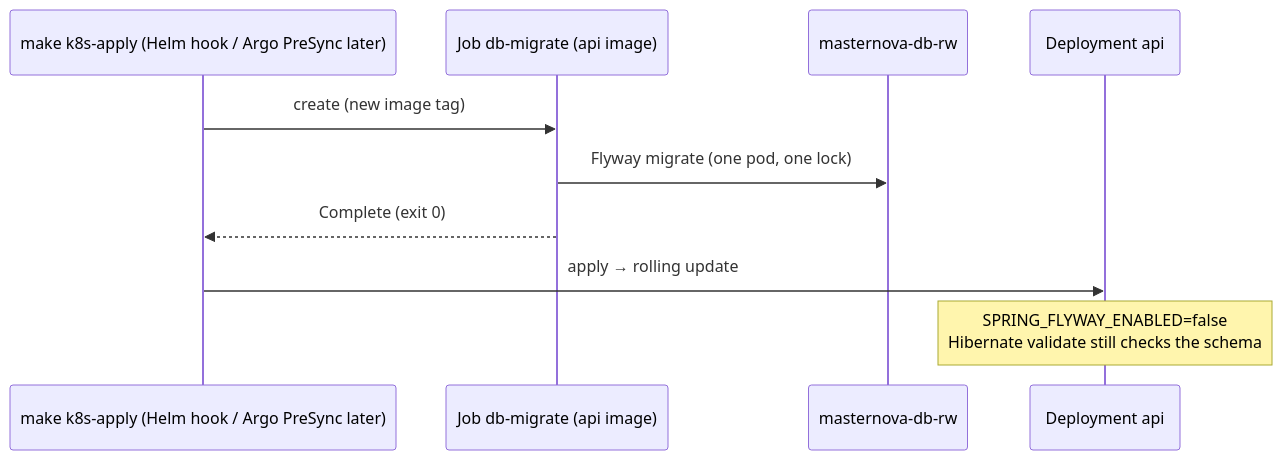
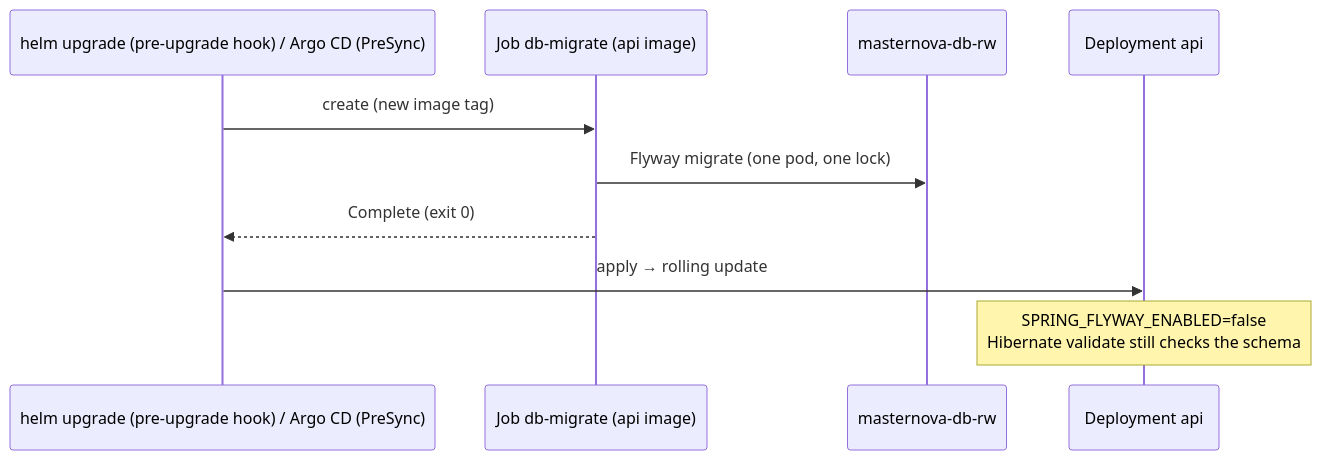
One commit to b-nimai/Masternova-Spring changed the fourth of 4 diagrams in patterns/devops/06-kubernetes.md. Above: the diagram before and after it, drawn with Mermaid. The commit also changed other lines of this file and 35 other files, not shown here.

First line of the commit message:
feat(deploy): D4.5 Helm charts for the apps and the data layer, checked in CI

````diff
--- a/patterns/devops/06-kubernetes.md
+++ b/patterns/devops/06-kubernetes.md
@@ -381,12 +384,12 @@
 ```mermaid
 sequenceDiagram
-  participant M as make k8s-apply (Helm hook / Argo PreSync later)
+  participant M as helm upgrade (pre-upgrade hook) / Argo CD (PreSync)
   participant J as Job db-migrate (api image)
   participant DB as masternova-db-rw
   participant D as Deployment api
   M->>J: create (new image tag)
   J->>DB: Flyway migrate (one pod, one lock)
   J-->>M: Complete (exit 0)
   M->>D: apply → rolling update
   Note over D: SPRING_FLYWAY_ENABLED=false<br/>Hibernate validate still checks the schema
 ```
````
